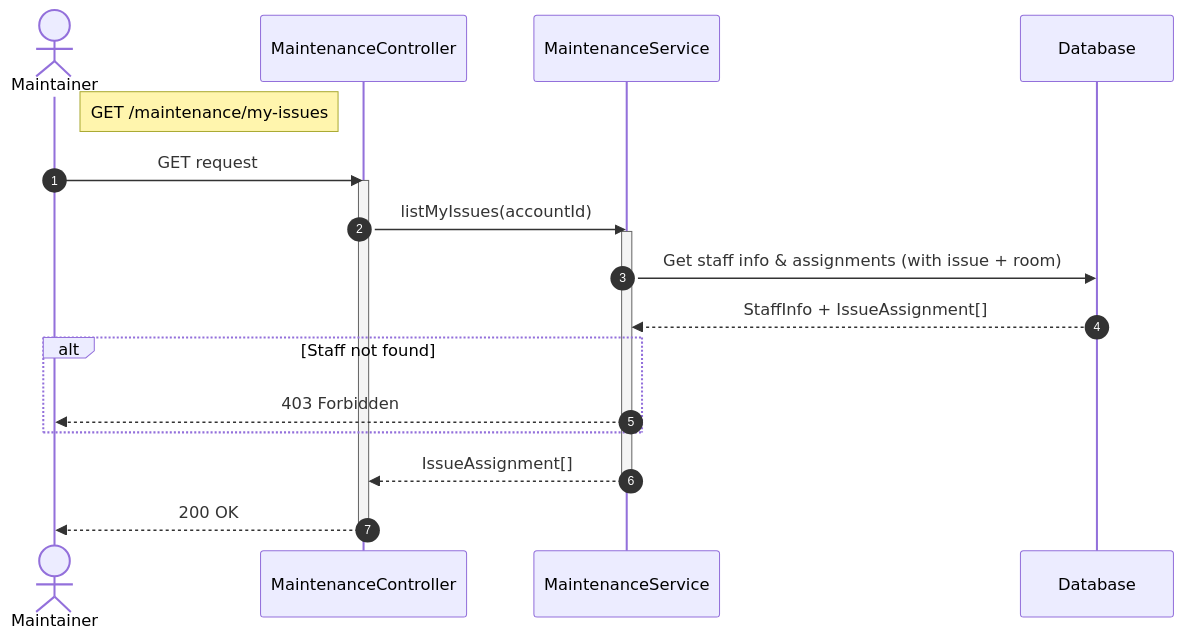
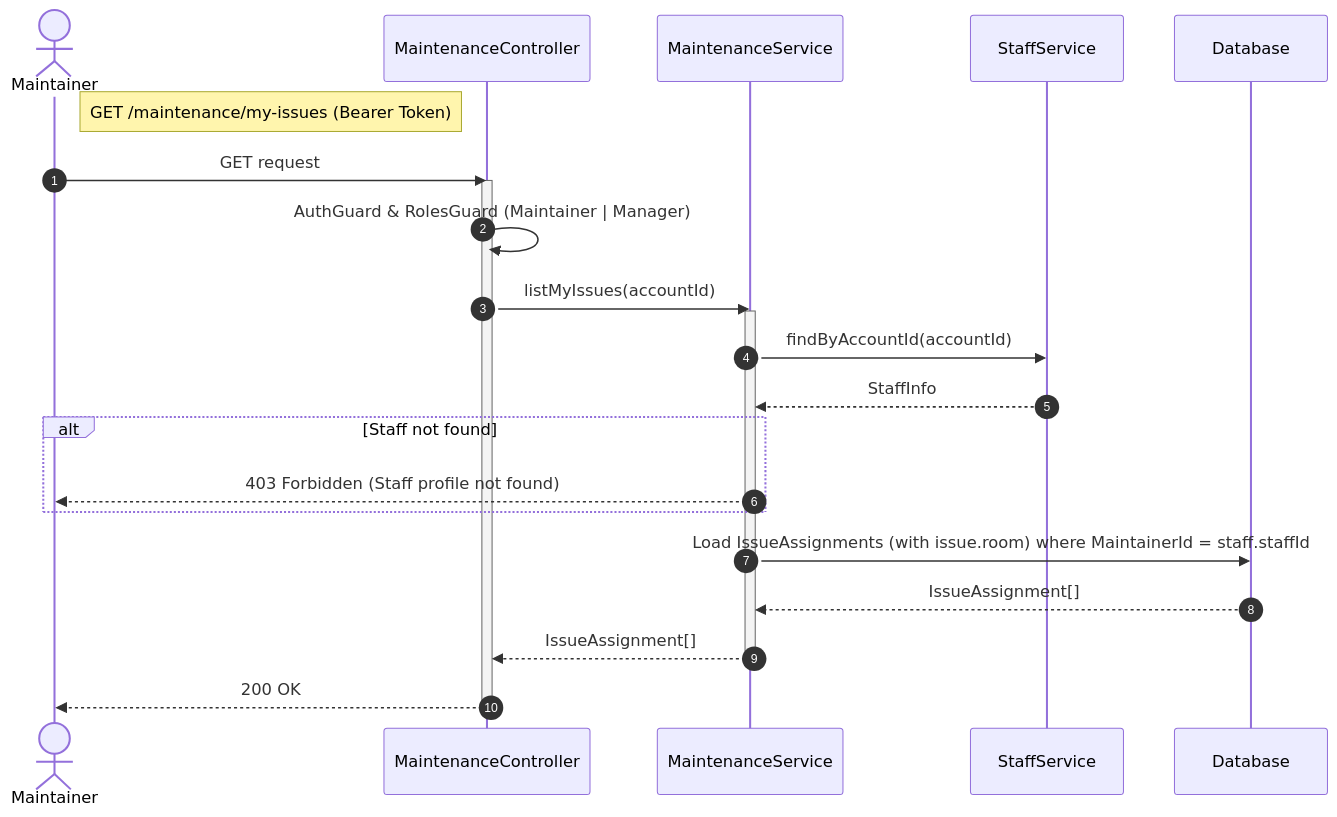
One commit to Notimemech/HotelHubManagement changed the diagram in docs/modules/maintenance/sequence/my-issues.mmd. Above: the diagram before and after it, drawn with Mermaid. The commit also changed 6 other files, not shown here.

Commit message:
feat: Update housekeeping and maintenance diagrams with new classes and sequence flows

```diff
--- a/docs/modules/maintenance/sequence/my-issues.mmd
+++ b/docs/modules/maintenance/sequence/my-issues.mmd
@@ -1,26 +1,31 @@
 sequenceDiagram
     autonumber
     actor Client as Maintainer
     participant Ctrl as MaintenanceController
     participant Service as MaintenanceService
+    participant StaffSvc as StaffService
     participant DB as Database
 
-    note right of Client: GET /maintenance/my-issues
+    note right of Client: GET /maintenance/my-issues (Bearer Token)
     Client->>Ctrl: GET request
     activate Ctrl
+    Ctrl->>Ctrl: AuthGuard & RolesGuard (Maintainer | Manager)
 
     Ctrl->>Service: listMyIssues(accountId)
     activate Service
 
-    Service->>DB: Get staff info & assignments (with issue + room)
-    DB-->>Service: StaffInfo + IssueAssignment[]
+    Service->>StaffSvc: findByAccountId(accountId)
+    StaffSvc-->>Service: StaffInfo
 
     alt Staff not found
-        Service-->>Client: 403 Forbidden
+        Service-->>Client: 403 Forbidden (Staff profile not found)
     end
+
+    Service->>DB: Load IssueAssignments (with issue.room) where MaintainerId = staff.staffId
+    DB-->>Service: IssueAssignment[]
 
     Service-->>Ctrl: IssueAssignment[]
     deactivate Service
 
     Ctrl-->>Client: 200 OK
     deactivate Ctrl
```
